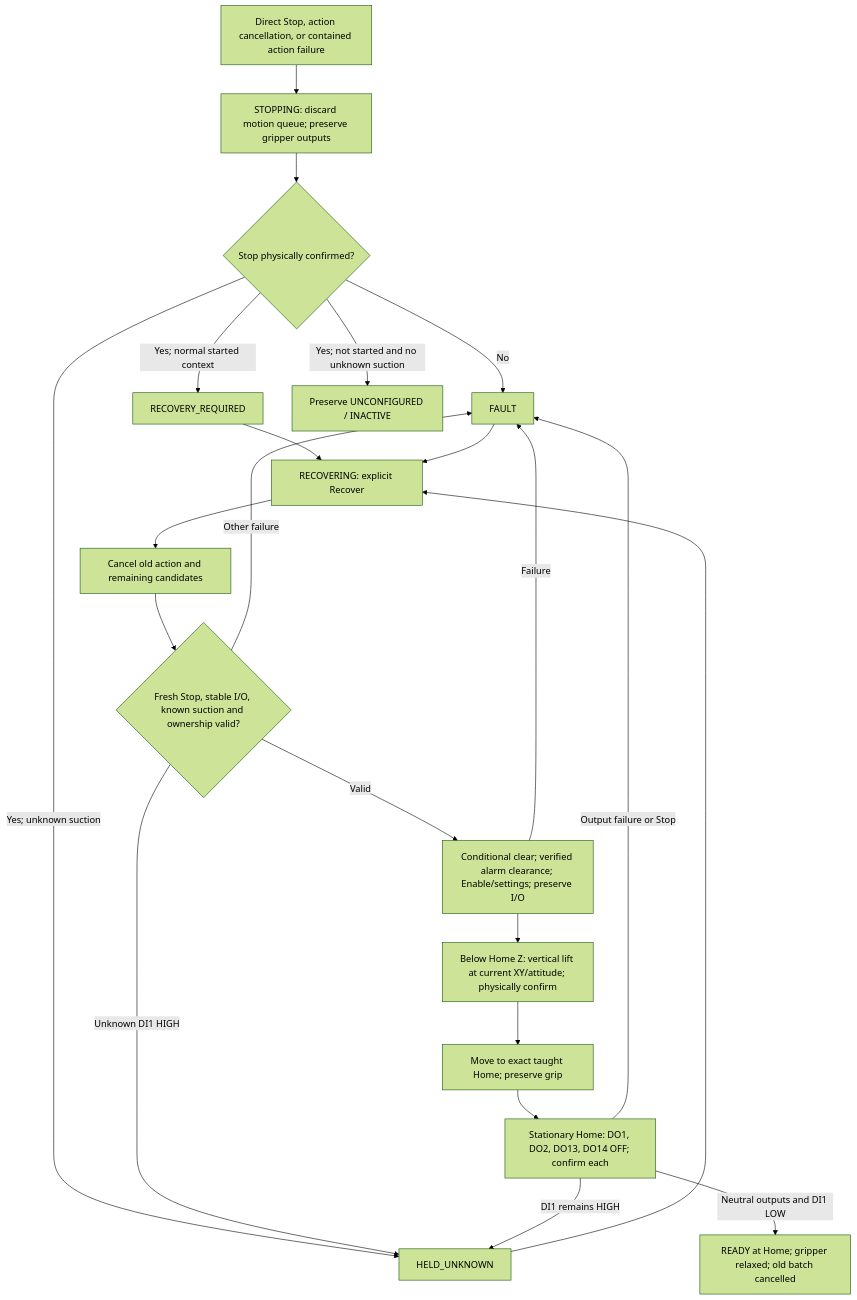
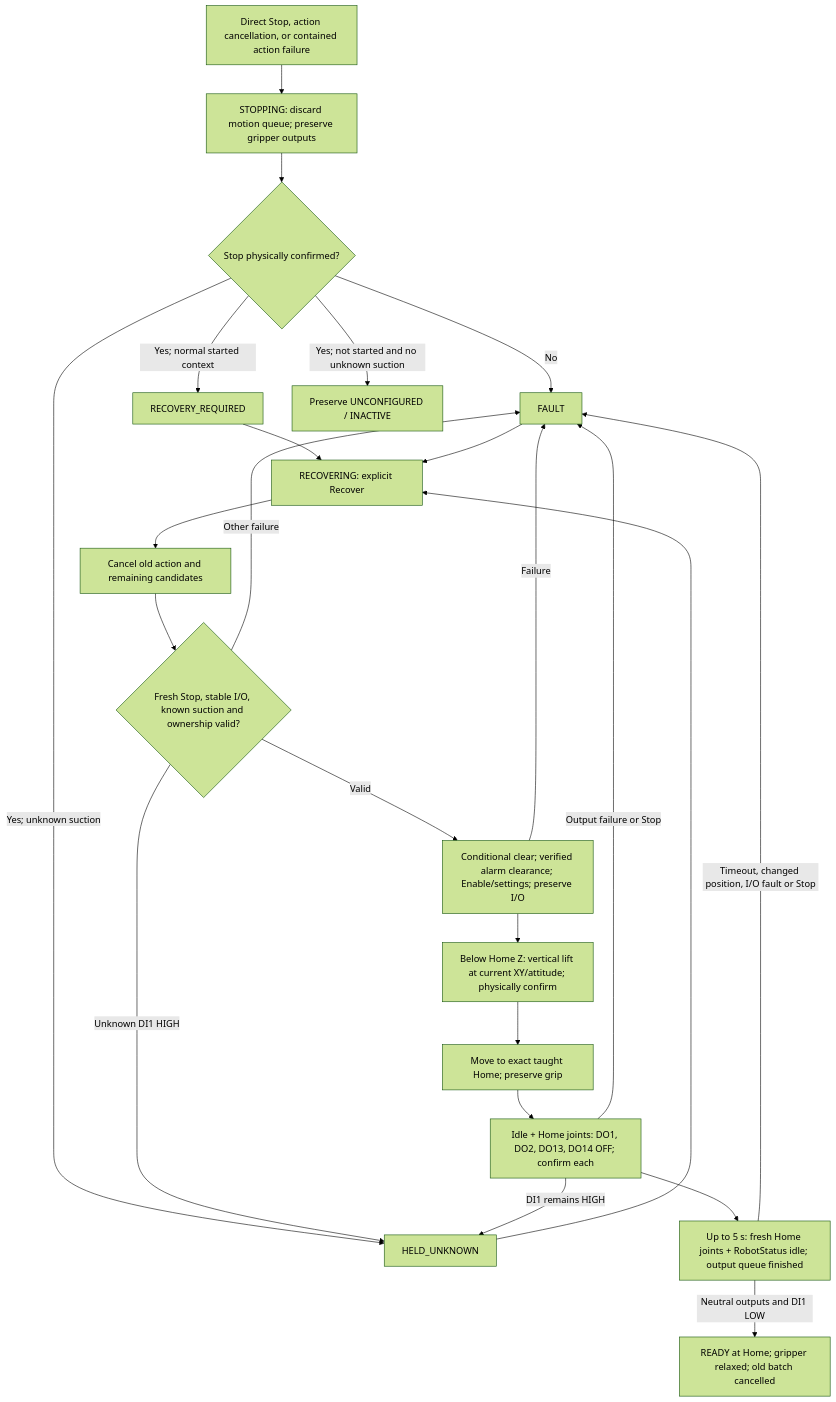
Before and after one commit to esgange/dobot_picknplace_yolo: the sixth of 7 diagrams in docs/ROBOT_CONTROLLER_FSM.md, drawn with Mermaid (forest theme). The commit also changed other lines of this file and 20 other files, not shown here.

Commit message:
Verify controller positions from joint and idle status feedback

````diff
--- a/docs/ROBOT_CONTROLLER_FSM.md
+++ b/docs/ROBOT_CONTROLLER_FSM.md
@@ -405,24 +412,26 @@
 ```mermaid
 flowchart TD
     Interrupt["Direct Stop, action cancellation, or contained action failure"] --> Stopping["STOPPING: discard motion queue; preserve gripper outputs"]
     Stopping --> Contained{"Stop physically confirmed?"}
     Contained -->|No| Fault["FAULT"]
     Contained -->|Yes; normal started context| Required["RECOVERY_REQUIRED"]
     Contained -->|Yes; unknown suction| Unknown["HELD_UNKNOWN"]
     Contained -->|Yes; not started and no unknown suction| Before["Preserve UNCONFIGURED / INACTIVE"]
     Required --> Recover["RECOVERING: explicit Recover"]
     Fault --> Recover
     Unknown --> Recover
     Recover --> Cancel["Cancel old action and remaining candidates"]
     Cancel --> Guard{"Fresh Stop, stable I/O, known suction and ownership valid?"}
     Guard -->|Unknown DI1 HIGH| Unknown
     Guard -->|Other failure| Fault
     Guard -->|Valid| Enable["Conditional clear; verified alarm clearance; Enable/settings; preserve I/O"]
     Enable -->|Failure| Fault
     Enable --> Lift["Below Home Z: vertical lift at current XY/attitude; physically confirm"]
     Lift --> Home["Move to exact taught Home; preserve grip"]
-    Home --> Relax["Stationary Home: DO1, DO2, DO13, DO14 OFF; confirm each"]
-    Relax -->|Neutral outputs and DI1 LOW| Ready["READY at Home; gripper relaxed; old batch cancelled"]
+    Home --> Relax["Idle + Home joints: DO1, DO2, DO13, DO14 OFF; confirm each"]
+    Relax --> Confirm["Up to 5 s: fresh Home joints + RobotStatus idle; output queue finished"]
+    Confirm -->|Neutral outputs and DI1 LOW| Ready["READY at Home; gripper relaxed; old batch cancelled"]
+    Confirm -->|Timeout, changed position, I/O fault or Stop| Fault
     Relax -->|DI1 remains HIGH| Unknown
     Relax -->|Output failure or Stop| Fault
 ```
````
